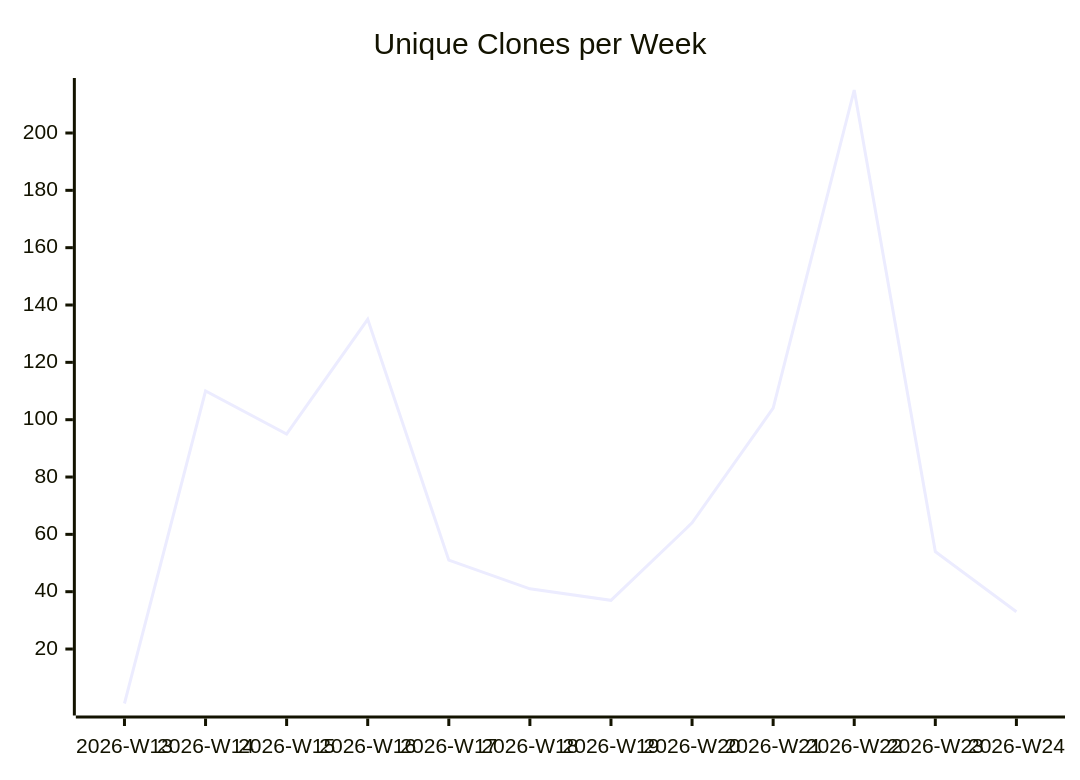
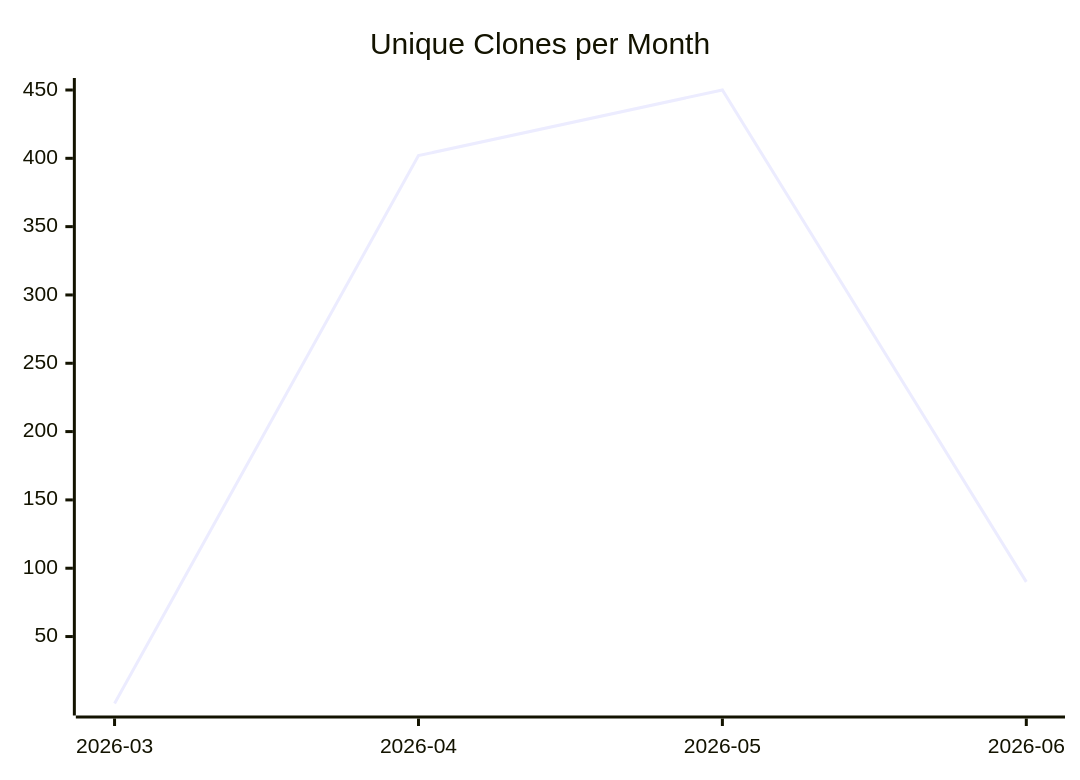
The third of 3 diagrams in justdavis-family/justdavis/README.md (justdavis-family/github-analytics-data), drawn with Mermaid before and after one commit. The commit also changed other lines of this file and 198 other files, not shown here.

````diff
--- a/justdavis-family/justdavis/README.md
+++ b/justdavis-family/justdavis/README.md
@@ -19,6 +19,6 @@
 ```mermaid
 xychart-beta
-  title "Unique Clones per Week"
-  x-axis ["2026-W13", "2026-W14", "2026-W15", "2026-W16", "2026-W17", "2026-W18", "2026-W19", "2026-W20", "2026-W21", "2026-W22", "2026-W23", "2026-W24"]
-  line [1, 110, 95, 135, 51, 41, 37, 64, 104, 215, 54, 33]
+  title "Unique Clones per Month"
+  x-axis ["2026-03", "2026-04", "2026-05", "2026-06"]
+  line [1, 402, 450, 90]
 ```
````
